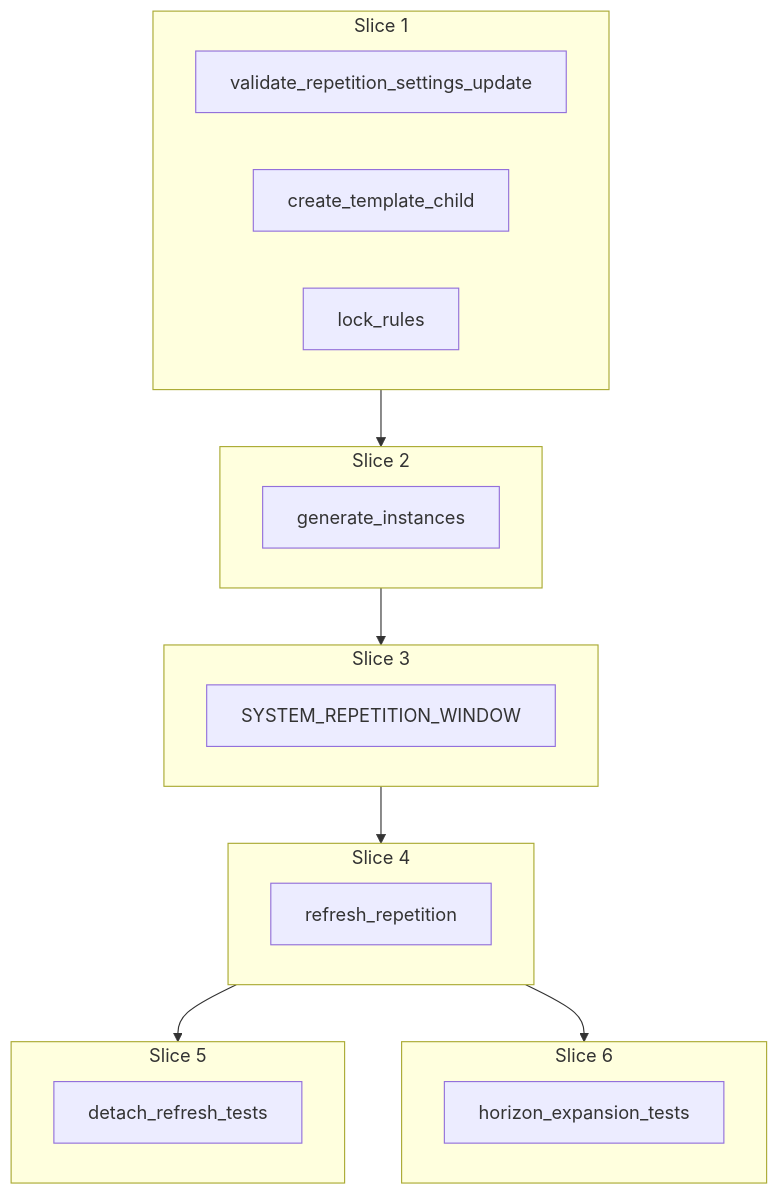
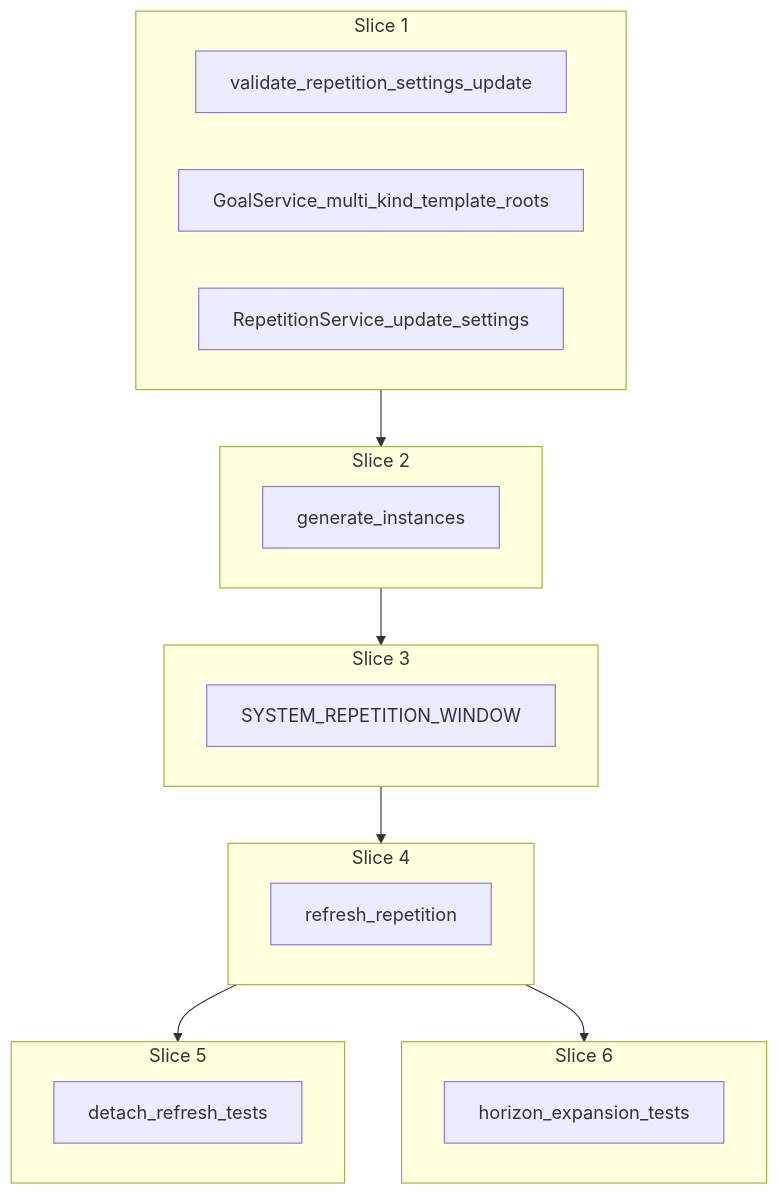
Before and after one commit to nerryschwartz/calendar_backend: the diagram in docs/plans/repetition_service.md, drawn with Mermaid. The commit also changed other lines of this file and 1 other file, not shown here.

First line of the commit message:
Revise template semantics in repetition plan and implementation guide.

````diff
--- a/docs/plans/repetition_service.md
+++ b/docs/plans/repetition_service.md
@@ -30,28 +56,28 @@
 ```mermaid
 flowchart TD
     subgraph slice1 [Slice 1]
         V[validate_repetition_settings_update]
-        T[create_template_child]
-        L[lock_rules]
+        G[GoalService_multi_kind_template_roots]
+        R1[RepetitionService_update_settings]
     end
     subgraph slice2 [Slice 2]
-        G[generate_instances]
+        Gen[generate_instances]
     end
     subgraph slice3 [Slice 3]
         W[SYSTEM_REPETITION_WINDOW]
     end
     subgraph slice4 [Slice 4]
-        R[refresh_repetition]
+        Ref[refresh_repetition]
     end
     slice1 --> slice2
     slice2 --> slice3
     slice3 --> slice4
     subgraph slice5 [Slice 5]
         DT[detach_refresh_tests]
     end
     subgraph slice6 [Slice 6]
         HT[horizon_expansion_tests]
     end
     slice4 --> slice5
     slice4 --> slice6
 ```
````
